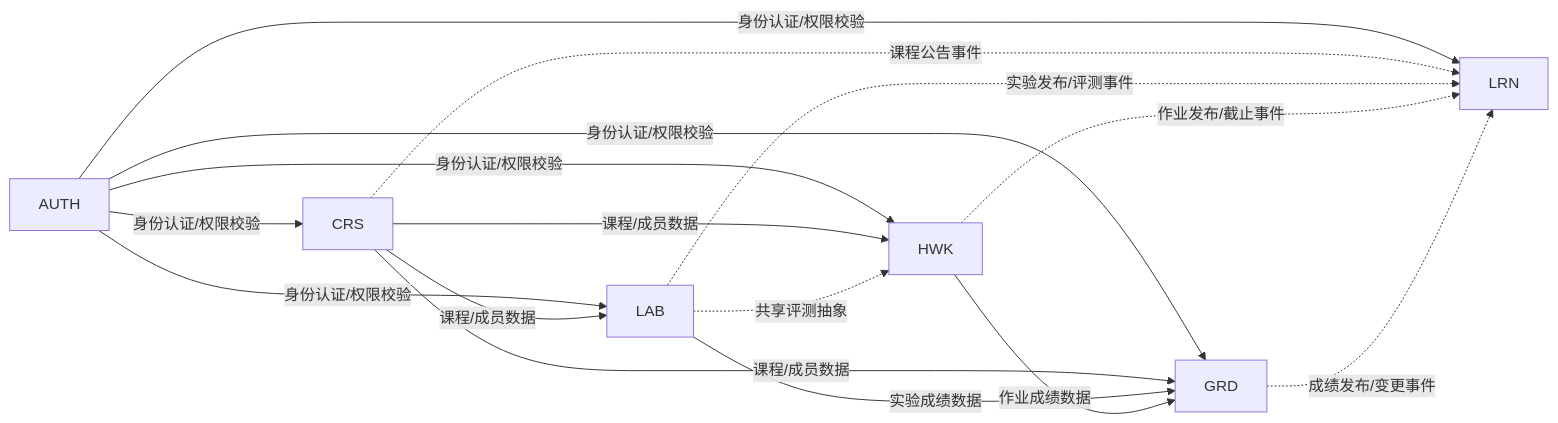
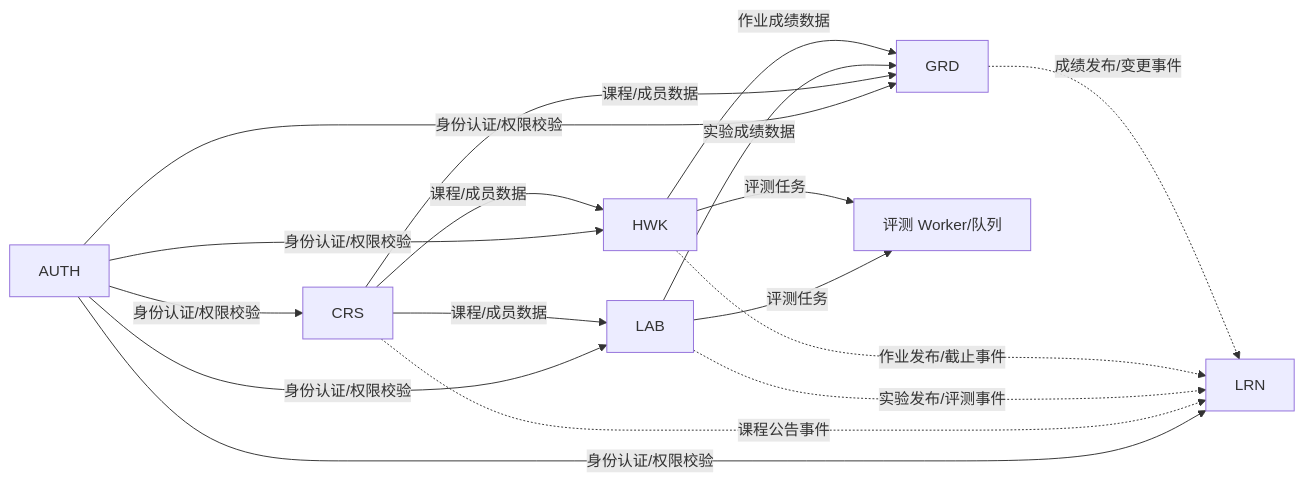
The second of 11 diagrams in docs/最终提交/软件概要设计说明书.md (Cr4zyorange/OnlineJudge), drawn with Mermaid before and after one commit. The commit also changed other lines of this file, not shown here.

````diff
--- a/docs/最终提交/软件概要设计说明书.md
+++ b/docs/最终提交/软件概要设计说明书.md
@@ -714,23 +769,24 @@
 ```mermaid
 graph LR
     AUTH -->|身份认证/权限校验| CRS
     AUTH -->|身份认证/权限校验| LRN
     AUTH -->|身份认证/权限校验| LAB
     AUTH -->|身份认证/权限校验| HWK
     AUTH -->|身份认证/权限校验| GRD
 
     CRS -->|课程/成员数据| LAB
     CRS -->|课程/成员数据| HWK
     CRS -->|课程/成员数据| GRD
     CRS -.->|课程公告事件| LRN
 
     LAB -->|实验成绩数据| GRD
     LAB -.->|实验发布/评测事件| LRN
 
     HWK -->|作业成绩数据| GRD
     HWK -.->|作业发布/截止事件| LRN
 
     GRD -.->|成绩发布/变更事件| LRN
 
-    LAB -.->|共享评测抽象| HWK
+    LAB -->|评测任务| EVAL[评测 Worker/队列]
+    HWK -->|评测任务| EVAL
 ```
````
